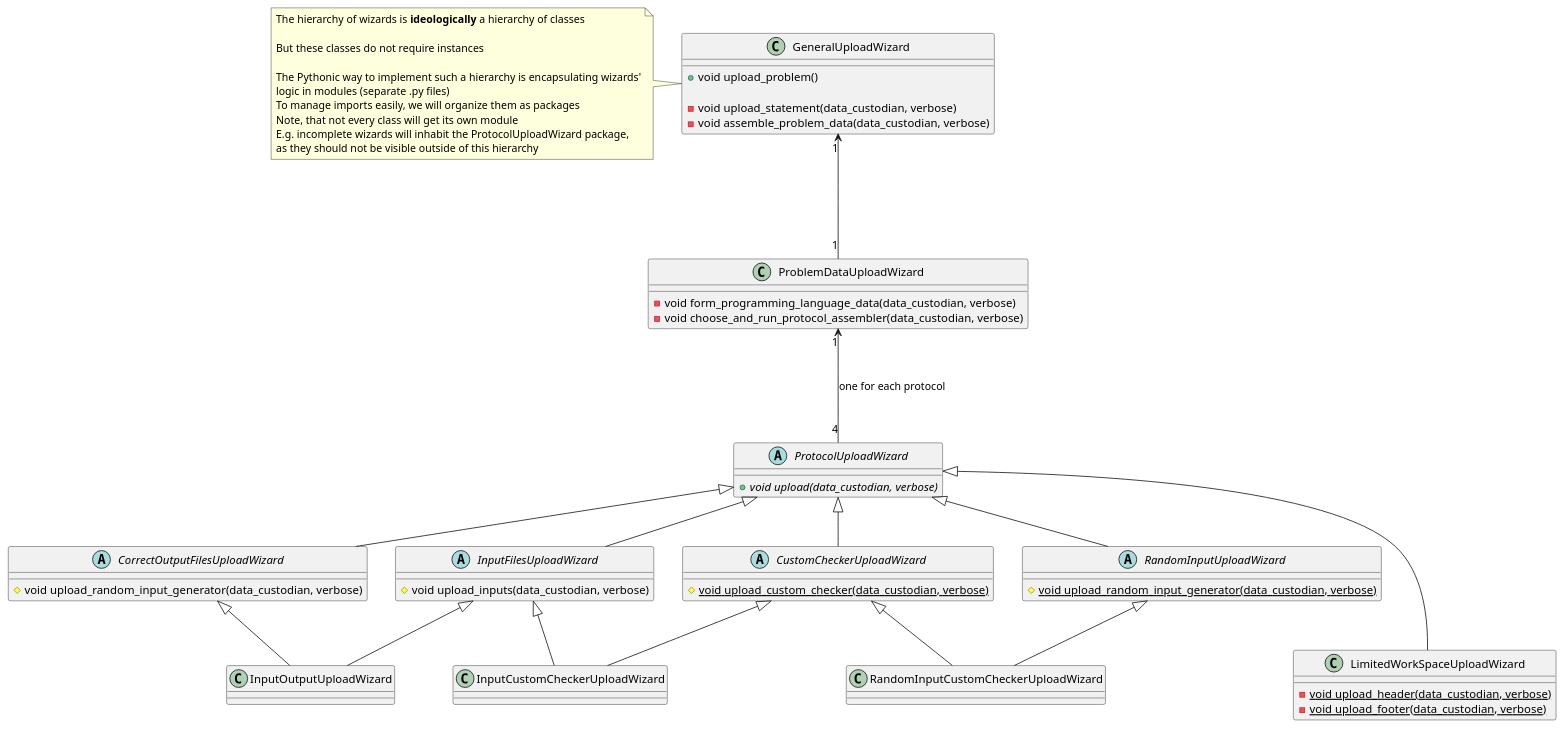
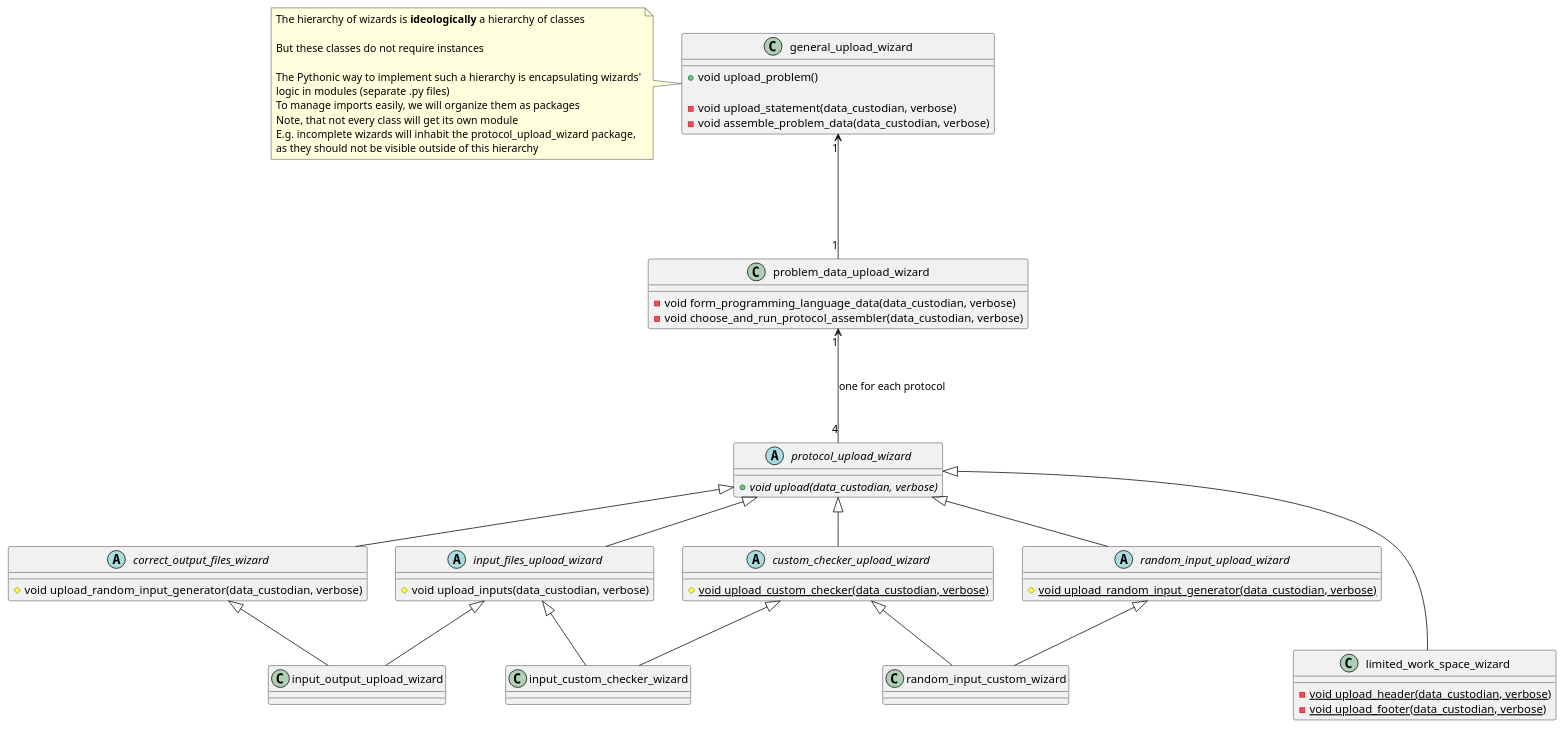
One commit to IgorZhiltsoff/TPy_project changed the diagram in Interface/CmdLineIF/UploadProblemAsTeacher/Class_UploadProblemAsTeacher.puml. Above: the diagram before and after it, drawn with PlantUML.

Commit message:
started switching to snake_case

```diff
--- a/Interface/CmdLineIF/UploadProblemAsTeacher/Class_UploadProblemAsTeacher.puml
+++ b/Interface/CmdLineIF/UploadProblemAsTeacher/Class_UploadProblemAsTeacher.puml
@@ -1,83 +1,83 @@
 @startuml
 'https://plantuml.com/class-diagram
 
 ' ========================== GENERAL =========================
 
-class GeneralUploadWizard {
+class general_upload_wizard {
     +void upload_problem()
 
     -void upload_statement(data_custodian, verbose)
     -void assemble_problem_data(data_custodian, verbose)
 }
 
-note left of GeneralUploadWizard
+note left of general_upload_wizard
 The hierarchy of wizards is **ideologically** a hierarchy of classes
 
 But these classes do not require instances
 
 The Pythonic way to implement such a hierarchy is encapsulating wizards'
 logic in modules (separate .py files)
 To manage imports easily, we will organize them as packages
 Note, that not every class will get its own module
-E.g. incomplete wizards will inhabit the ProtocolUploadWizard package,
+E.g. incomplete wizards will inhabit the protocol_upload_wizard package,
 as they should not be visible outside of this hierarchy
 end note
 
-class ProblemDataUploadWizard {
+class problem_data_upload_wizard {
     -void form_programming_language_data(data_custodian, verbose)
     -void choose_and_run_protocol_assembler(data_custodian, verbose)
 }
-GeneralUploadWizard "1" <--- "1" ProblemDataUploadWizard
+general_upload_wizard "1" <--- "1" problem_data_upload_wizard
 
 ' ========================== PROTOCOLS =========================
 
-abstract class ProtocolUploadWizard {
+abstract class protocol_upload_wizard {
     +{abstract} void upload(data_custodian, verbose)
 }
-ProblemDataUploadWizard "1" <--- "4" ProtocolUploadWizard : one for each protocol
+problem_data_upload_wizard "1" <--- "4" protocol_upload_wizard : one for each protocol
 
 ' ========================== INCOMPLETE WIZARDS =========================
 
-abstract class InputFilesUploadWizard {
+abstract class input_files_upload_wizard {
     #void upload_inputs(data_custodian, verbose)
 }
 
-abstract class CorrectOutputFilesUploadWizard {
+abstract class correct_output_files_wizard {
     #void upload_random_input_generator(data_custodian, verbose)
 }
 
-abstract class CustomCheckerUploadWizard {
+abstract class custom_checker_upload_wizard {
     #{static} void upload_custom_checker(data_custodian, verbose)
 }
 
-abstract class RandomInputUploadWizard {
+abstract class random_input_upload_wizard {
     #{static} void upload_random_input_generator(data_custodian, verbose)
 }
 
-ProtocolUploadWizard <|-- InputFilesUploadWizard
-ProtocolUploadWizard <|-- CorrectOutputFilesUploadWizard
-ProtocolUploadWizard <|-- CustomCheckerUploadWizard
-ProtocolUploadWizard <|-- RandomInputUploadWizard
+protocol_upload_wizard <|-- input_files_upload_wizard
+protocol_upload_wizard <|-- correct_output_files_wizard
+protocol_upload_wizard <|-- custom_checker_upload_wizard
+protocol_upload_wizard <|-- random_input_upload_wizard
 
 ' ========================== COMPLETE WIZARDS =========================
 
 
-class InputOutputUploadWizard
-InputFilesUploadWizard <|-- InputOutputUploadWizard
-CorrectOutputFilesUploadWizard <|-- InputOutputUploadWizard
+class input_output_upload_wizard
+input_files_upload_wizard <|-- input_output_upload_wizard
+correct_output_files_wizard <|-- input_output_upload_wizard
 
-class InputCustomCheckerUploadWizard
-InputFilesUploadWizard <|-- InputCustomCheckerUploadWizard
-CustomCheckerUploadWizard <|-- InputCustomCheckerUploadWizard
+class input_custom_checker_wizard
+input_files_upload_wizard <|-- input_custom_checker_wizard
+custom_checker_upload_wizard <|-- input_custom_checker_wizard
 
-class RandomInputCustomCheckerUploadWizard
-RandomInputUploadWizard <|-- RandomInputCustomCheckerUploadWizard
-CustomCheckerUploadWizard <|-- RandomInputCustomCheckerUploadWizard
+class random_input_custom_wizard
+random_input_upload_wizard <|-- random_input_custom_wizard
+custom_checker_upload_wizard <|-- random_input_custom_wizard
 
-class LimitedWorkSpaceUploadWizard {
+class limited_work_space_wizard {
     -{static} void upload_header(data_custodian, verbose)
     -{static} void upload_footer(data_custodian, verbose)
 }
-ProtocolUploadWizard <|--- LimitedWorkSpaceUploadWizard
+protocol_upload_wizard <|--- limited_work_space_wizard
 
 @enduml
```
